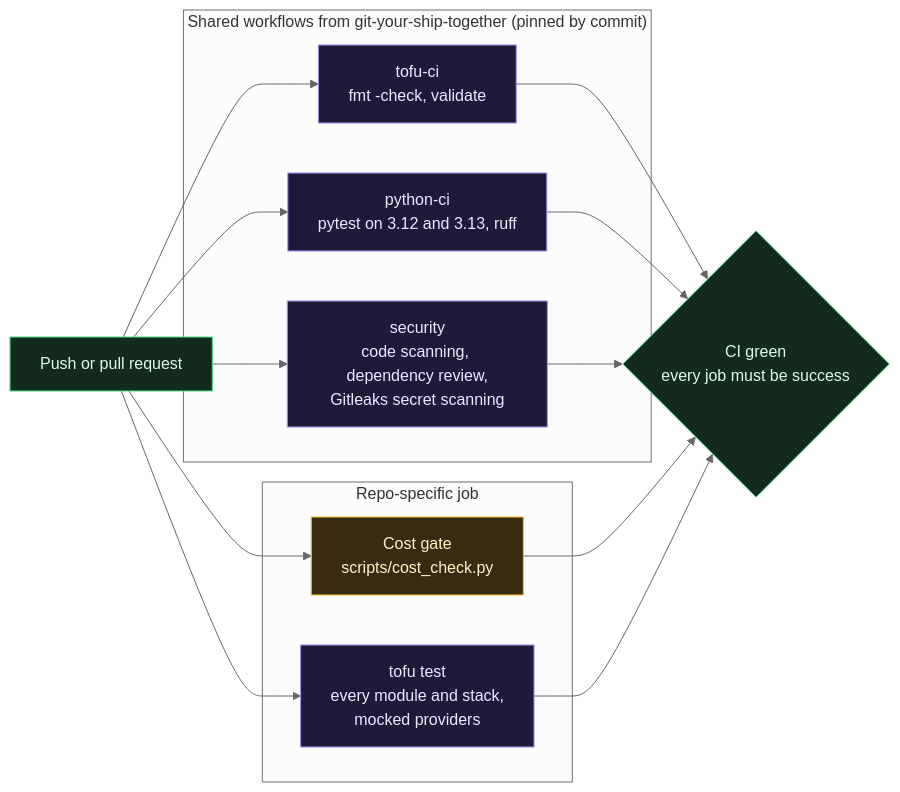
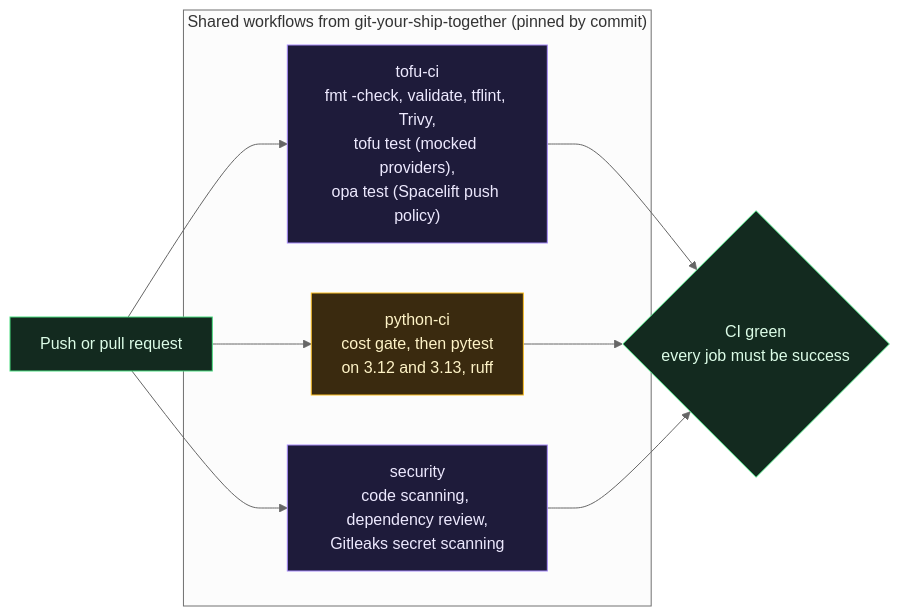
One commit to ChiefGyk3D/Clouds-Against-Humanity changed the first of 2 diagrams in docs/wiki/CI-Tests-and-Cost-Gate.md. Above: the diagram before and after it, drawn with Mermaid (neutral theme). The commit also changed other lines of this file and 34 other files, not shown here.

First line of the commit message:
docs: start-from-zero wiki track; Spacelift push policy; CI and wiki publishing on GYST only (#19)

````diff
--- a/docs/wiki/CI-Tests-and-Cost-Gate.md
+++ b/docs/wiki/CI-Tests-and-Cost-Gate.md
@@ -7,23 +9,17 @@
 ```mermaid
 flowchart LR
     pr["Push or pull request"]:::you
     subgraph gyst["Shared workflows from git-your-ship-together (pinned by commit)"]
-        tofu["tofu-ci<br/>fmt -check, validate"]:::ctrl
-        py["python-ci<br/>pytest on 3.12 and 3.13, ruff"]:::ctrl
+        tofu["tofu-ci<br/>fmt -check, validate, tflint, Trivy,<br/>tofu test (mocked providers),<br/>opa test (Spacelift push policy)"]:::ctrl
+        py["python-ci<br/>cost gate, then pytest<br/>on 3.12 and 3.13, ruff"]:::warn
         sec["security<br/>code scanning, dependency review,<br/>Gitleaks secret scanning"]:::ctrl
-    end
-    subgraph local["Repo-specific job"]
-        cost["Cost gate<br/>scripts/cost_check.py"]:::warn
-        tt["tofu test<br/>every module and stack,<br/>mocked providers"]:::ctrl
     end
     green{"CI green<br/>every job must be success"}:::you
     pr --> tofu --> green
     pr --> py --> green
     pr --> sec --> green
-    pr --> cost --> green
-    pr --> tt --> green
 
     classDef you fill:#132a1f,stroke:#4ade80,color:#dcfce7
     classDef ctrl fill:#1e1b3a,stroke:#a78bfa,color:#ede9fe
     classDef warn fill:#3a2a0f,stroke:#fbbf24,color:#fef3c7
 ```
````
